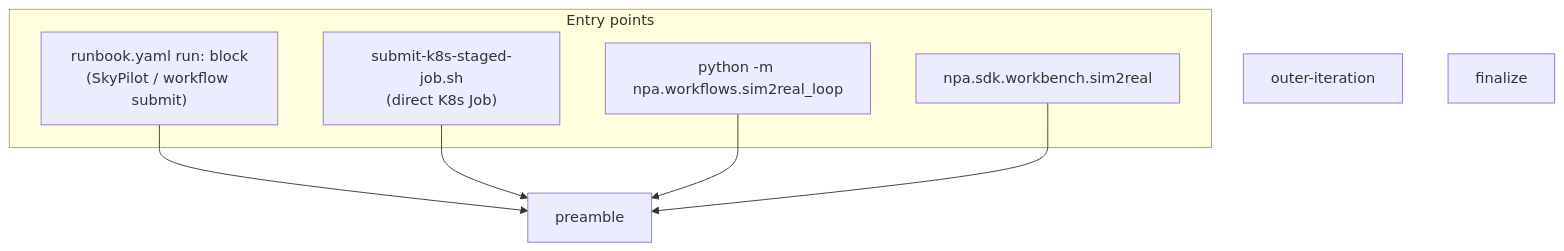
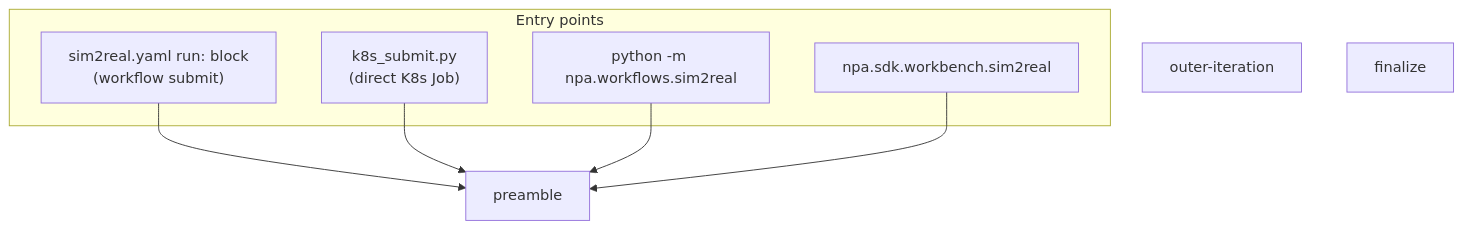
Before and after one commit to nebius/nebius-physical-ai: the first of 6 diagrams in docs/workbench/guides/sim2real-architecture.md, drawn with Mermaid. The commit also changed other lines of this file and 56 other files, not shown here.

Commit message:
feat(sim2real): make canonical workflow operator ready

````diff
--- a/docs/workbench/guides/sim2real-architecture.md
+++ b/docs/workbench/guides/sim2real-architecture.md
@@ -21,18 +21,18 @@
 ```mermaid
 flowchart TB
   subgraph entries["Entry points"]
-    RB["runbook.yaml run: block<br/>(SkyPilot / workflow submit)"]
-    K8S["submit-k8s-staged-job.sh<br/>(direct K8s Job)"]
-    CLI["python -m npa.workflows.sim2real_loop"]
+    RB["sim2real.yaml run: block<br/>(workflow submit)"]
+    K8S["k8s_submit.py<br/>(direct K8s Job)"]
+    CLI["python -m npa.workflows.sim2real"]
     SDK["npa.sdk.workbench.sim2real"]
   end
 
   RB --> PREAMBLE
   K8S --> PREAMBLE
   CLI --> PREAMBLE
   SDK --> PREAMBLE
 
   PREAMBLE["preamble"]
   OUTER["outer-iteration"]
   FINAL["finalize"]
 ```
````
